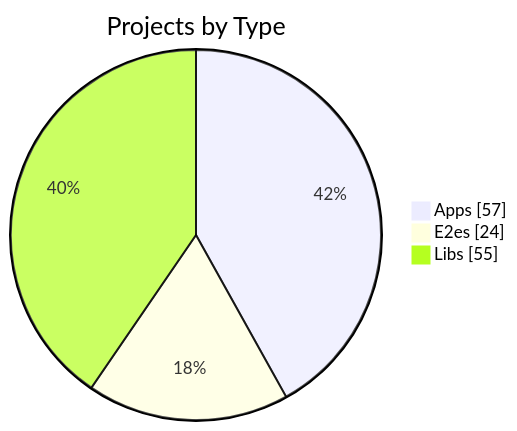
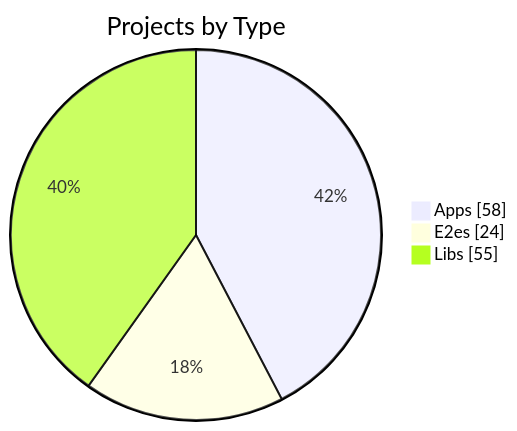
The first of 3 diagrams in apps/kbve/astro-kbve/src/content/docs/dashboard/graph.mdx (KBVE/kbve), drawn with Mermaid before and after one commit. The commit also changed other lines of this file and 6 other files, not shown here.

````diff
--- a/apps/kbve/astro-kbve/src/content/docs/dashboard/graph.mdx
+++ b/apps/kbve/astro-kbve/src/content/docs/dashboard/graph.mdx
@@ -56,7 +56,7 @@
 ```mermaid
 pie showData
     title Projects by Type
-    "Apps" : 57
+    "Apps" : 58
     "E2es" : 24
     "Libs" : 55
 ```
````
